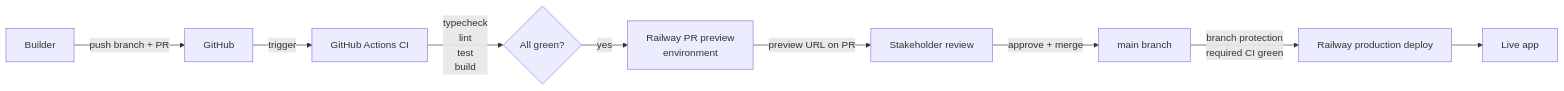
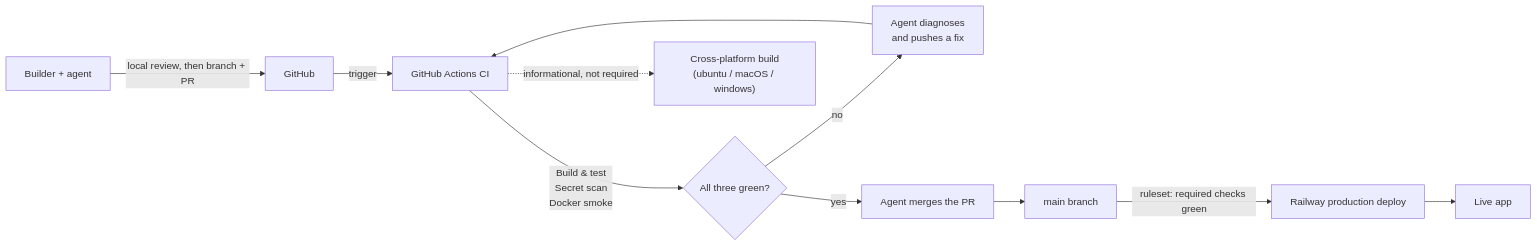
One commit to semi-sentient/vibe-starter changed the second of 3 diagrams in docs/design/TOOLING_DESIGN.md. Above: the diagram before and after it, drawn with Mermaid. The commit also changed other lines of this file and 8 other files, not shown here.

````diff
--- a/docs/design/TOOLING_DESIGN.md
+++ b/docs/design/TOOLING_DESIGN.md
@@ -298,11 +299,13 @@
 ```mermaid
 flowchart LR
-  Dev[Builder] -->|push branch + PR| GitHub
+  Dev[Builder + agent] -->|local review, then branch + PR| GitHub
   GitHub -->|trigger| GHA[GitHub Actions CI]
-  GHA -->|typecheck<br/>lint<br/>test<br/>build| GHACheck{All green?}
-  GHACheck -->|yes| RailwayPR[Railway PR preview<br/>environment]
-  RailwayPR -->|preview URL on PR| Reviewer[Stakeholder review]
-  Reviewer -->|approve + merge| Main[main branch]
-  Main -->|branch protection<br/>required CI green| RailwayProd[Railway production deploy]
+  GHA -->|"Build &amp; test<br/>Secret scan<br/>Docker smoke"| Gate{All three green?}
+  GHA -.->|informational, not required| Matrix["Cross-platform build<br/>(ubuntu / macOS / windows)"]
+  Gate -->|no| Fix[Agent diagnoses<br/>and pushes a fix]
+  Fix --> GHA
+  Gate -->|yes| Merge[Agent merges the PR]
+  Merge --> Main[main branch]
+  Main -->|"ruleset: required checks green"| RailwayProd[Railway production deploy]
   RailwayProd --> Live[Live app]
 ```
````
